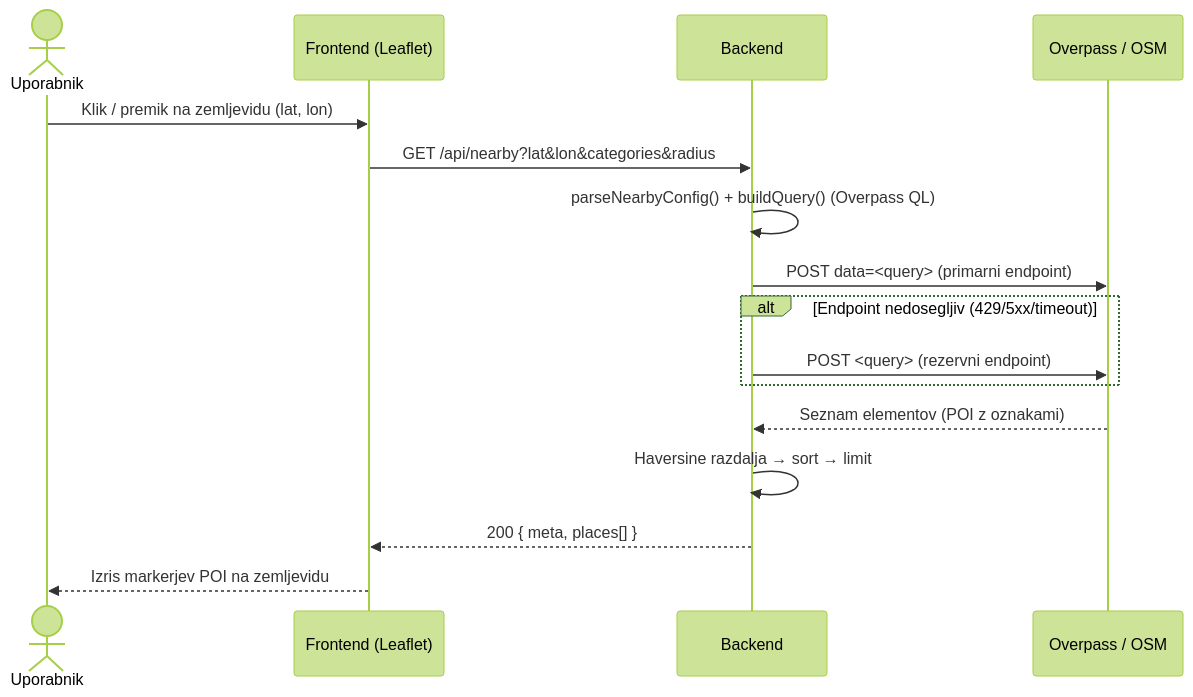
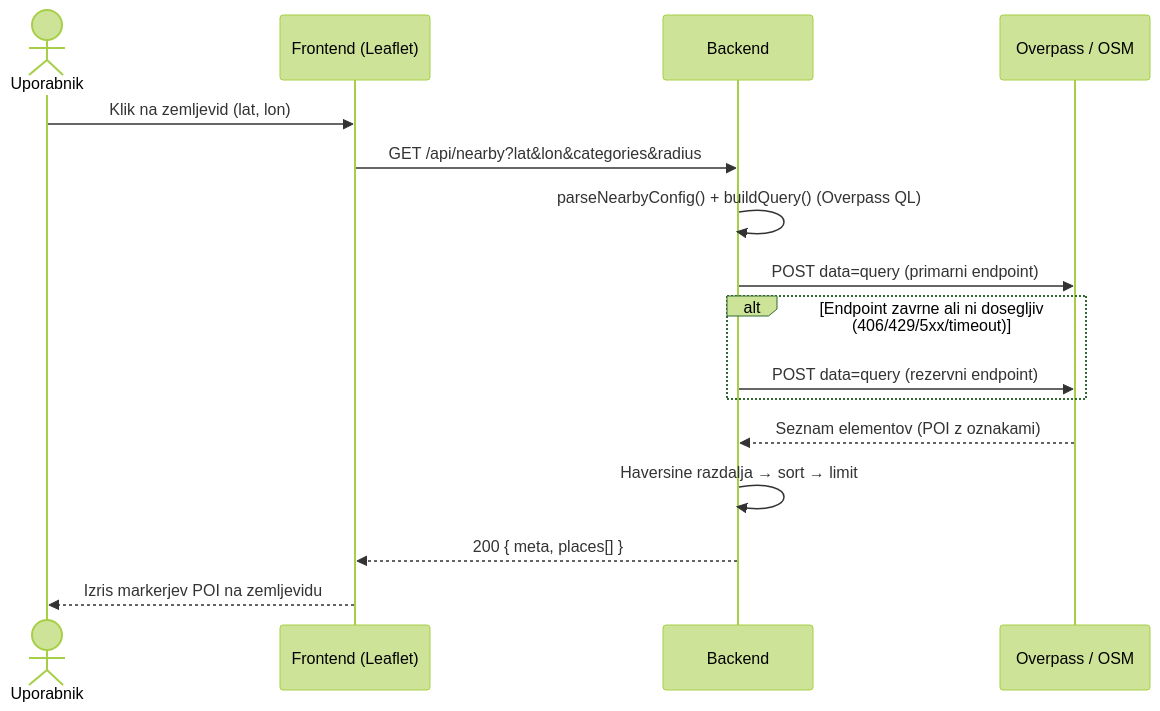
One commit to DropInSlovenia/dokumentacija changed the third of 11 diagrams in DOKUMENTACIJA.md. Above: the diagram before and after it, drawn with Mermaid (forest theme). The commit also changed other lines of this file, not shown here.

````diff
--- a/DOKUMENTACIJA.md
+++ b/DOKUMENTACIJA.md
@@ -227,19 +192,19 @@
 ```mermaid
 sequenceDiagram
     actor U as Uporabnik
     participant FE as Frontend (Leaflet)
     participant BE as Backend
     participant OV as Overpass / OSM
 
-    U->>FE: Klik / premik na zemljevidu (lat, lon)
+    U->>FE: Klik na zemljevid (lat, lon)
     FE->>BE: GET /api/nearby?lat&lon&categories&radius
     BE->>BE: parseNearbyConfig() + buildQuery() (Overpass QL)
-    BE->>OV: POST data=<query> (primarni endpoint)
-    alt Endpoint nedosegljiv (429/5xx/timeout)
-        BE->>OV: POST <query> (rezervni endpoint)
+    BE->>OV: POST data=query (primarni endpoint)
+    alt Endpoint zavrne ali ni dosegljiv (406/429/5xx/timeout)
+        BE->>OV: POST data=query (rezervni endpoint)
     end
     OV-->>BE: Seznam elementov (POI z oznakami)
     BE->>BE: Haversine razdalja → sort → limit
     BE-->>FE: 200 { meta, places[] }
     FE-->>U: Izris markerjev POI na zemljevidu
 ```
````
